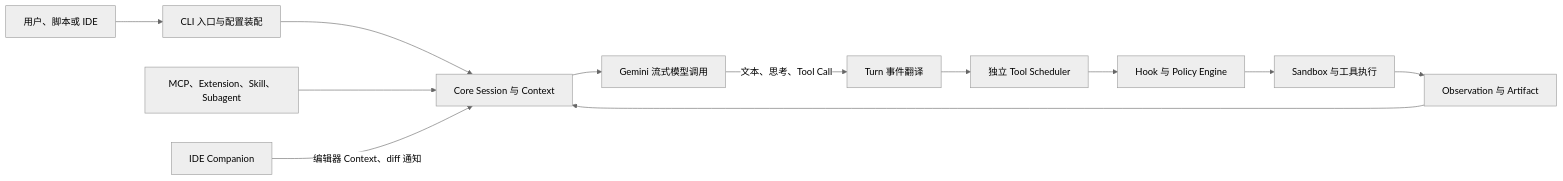
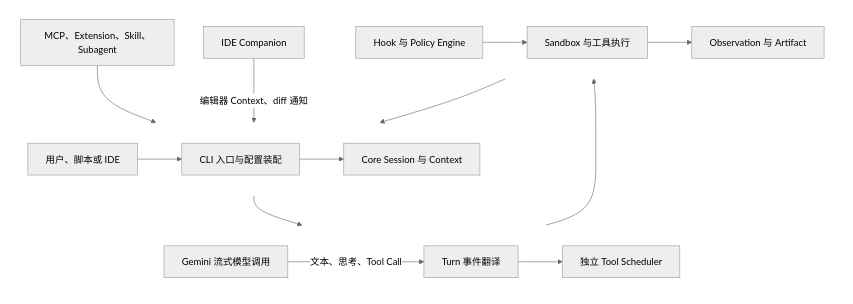
Before and after one commit to specialpointcentral/harness: the first of 2 diagrams in docs/harness-survey/26_gemini_cli.md, drawn with Mermaid (neutral theme). The commit also changed other lines of this file and 18 other files, not shown here.

First line of the commit message:
docs: improve diagram layouts and tidy supporting files

````diff
--- a/docs/harness-survey/26_gemini_cli.md
+++ b/docs/harness-survey/26_gemini_cli.md
@@ -13,14 +13,28 @@
 ```mermaid
-flowchart LR
-  U[用户、脚本或 IDE] --> C[CLI 入口与配置装配]
-  C --> X[Core Session 与 Context]
-  X --> M[Gemini 流式模型调用]
-  M -->|文本、思考、Tool Call| T[Turn 事件翻译]
-  T --> S[独立 Tool Scheduler]
-  S --> P[Hook 与 Policy Engine]
-  P --> B[Sandbox 与工具执行]
-  B --> O[Observation 与 Artifact]
+flowchart TB
+  subgraph R1[" "]
+    direction LR
+    U[用户、脚本或 IDE] --> C[CLI 入口与配置装配]
+    C --> X[Core Session 与 Context]
+  end
+  subgraph R2[" "]
+    direction LR
+    M[Gemini 流式模型调用]
+    T[Turn 事件翻译]
+    S[独立 Tool Scheduler]
+    M -->|文本、思考、Tool Call| T --> S
+  end
+  subgraph R3[" "]
+    direction LR
+    P[Hook 与 Policy Engine] --> B[Sandbox 与工具执行]
+    B --> O[Observation 与 Artifact]
+  end
+  X --> M
+  S --> P
   O --> X
   E[MCP、Extension、Skill、Subagent] --> X
   I[IDE Companion] -->|编辑器 Context、diff 通知| X
+  style R1 fill:none,stroke:none
+  style R2 fill:none,stroke:none
+  style R3 fill:none,stroke:none
 ```
````
